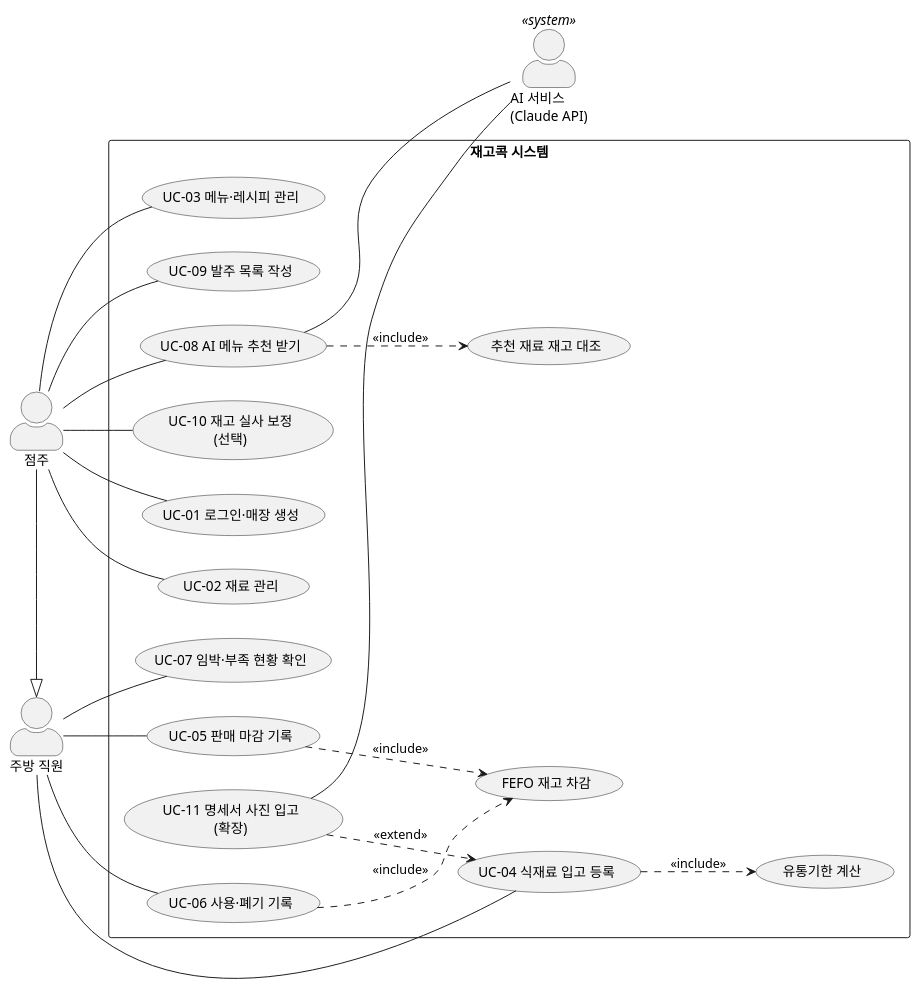
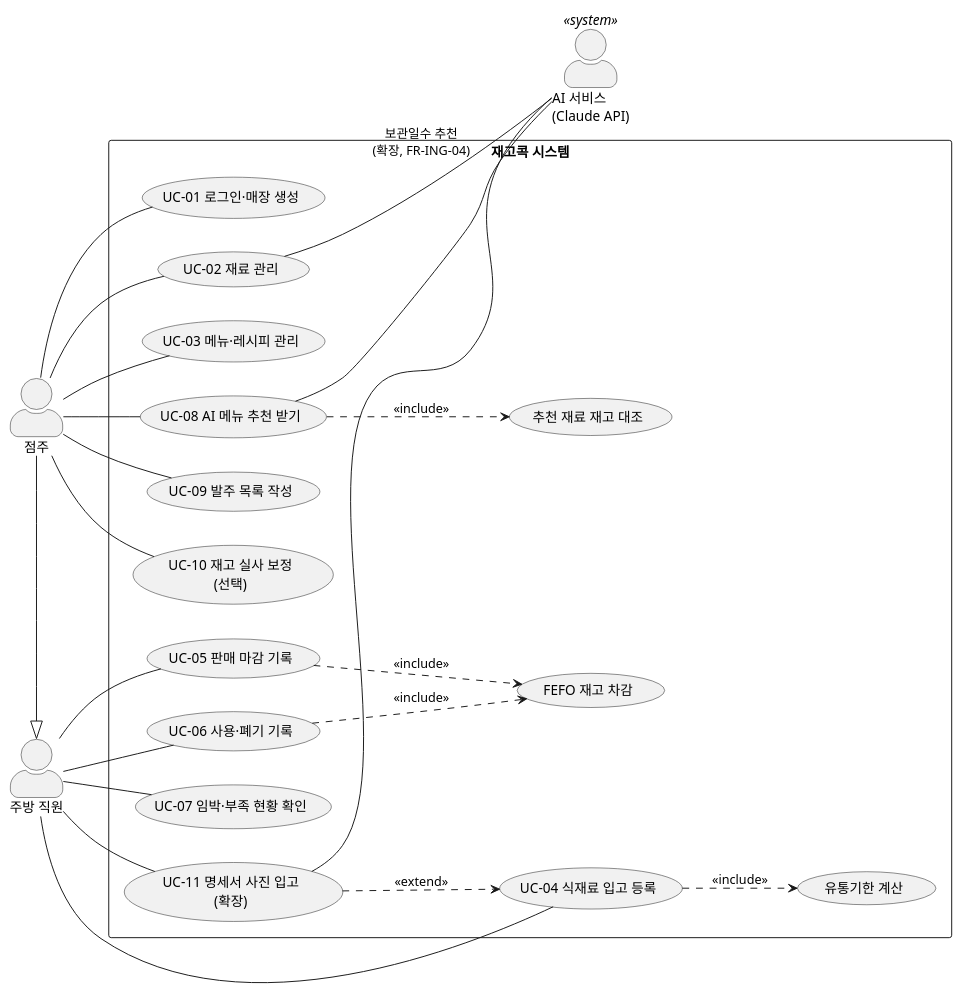
One commit to semicolon213/infood changed the diagram in docs/diagrams/usecase.puml. Above: the diagram before and after it, drawn with PlantUML. The commit also changed 8 other files, not shown here.

```diff
--- a/docs/diagrams/usecase.puml
+++ b/docs/diagrams/usecase.puml
@@ -1,51 +1,53 @@
 @startuml usecase
 ' 재고콕 유스케이스 다이어그램 (요구사항 정의서 4.1)
 ' 렌더링: https://www.plantuml.com/plantuml 또는 VS Code PlantUML 확장
 left to right direction
 skinparam packageStyle rectangle
 skinparam actorStyle awesome
 
 actor "점주" as Owner
 actor "주방 직원" as Staff
 actor "AI 서비스\n(Claude API)" as AI <<system>>
 
 Owner -|> Staff
 
 rectangle "재고콕 시스템" {
   usecase "UC-01 로그인·매장 생성" as UC01
   usecase "UC-02 재료 관리" as UC02
   usecase "UC-03 메뉴·레시피 관리" as UC03
   usecase "UC-04 식재료 입고 등록" as UC04
   usecase "UC-05 판매 마감 기록" as UC05
   usecase "UC-06 사용·폐기 기록" as UC06
   usecase "UC-07 임박·부족 현황 확인" as UC07
   usecase "UC-08 AI 메뉴 추천 받기" as UC08
   usecase "UC-09 발주 목록 작성" as UC09
   usecase "UC-10 재고 실사 보정\n(선택)" as UC10
   usecase "UC-11 명세서 사진 입고\n(확장)" as UC11
   usecase "유통기한 계산" as EXP
   usecase "FEFO 재고 차감" as FEFO
   usecase "추천 재료 재고 대조" as VERIFY
 }
 
 Staff -- UC04
 Staff -- UC05
 Staff -- UC06
 Staff -- UC07
+Staff -- UC11
 
 Owner -- UC01
 Owner -- UC02
 Owner -- UC03
 Owner -- UC08
 Owner -- UC09
 Owner -- UC10
 
 UC04 ..> EXP : <<include>>
 UC05 ..> FEFO : <<include>>
 UC06 ..> FEFO : <<include>>
 UC08 ..> VERIFY : <<include>>
 UC11 ..> UC04 : <<extend>>
 
 UC08 -- AI
 UC11 -- AI
+UC02 -- AI : 보관일수 추천\n(확장, FR-ING-04)
 @enduml
```
